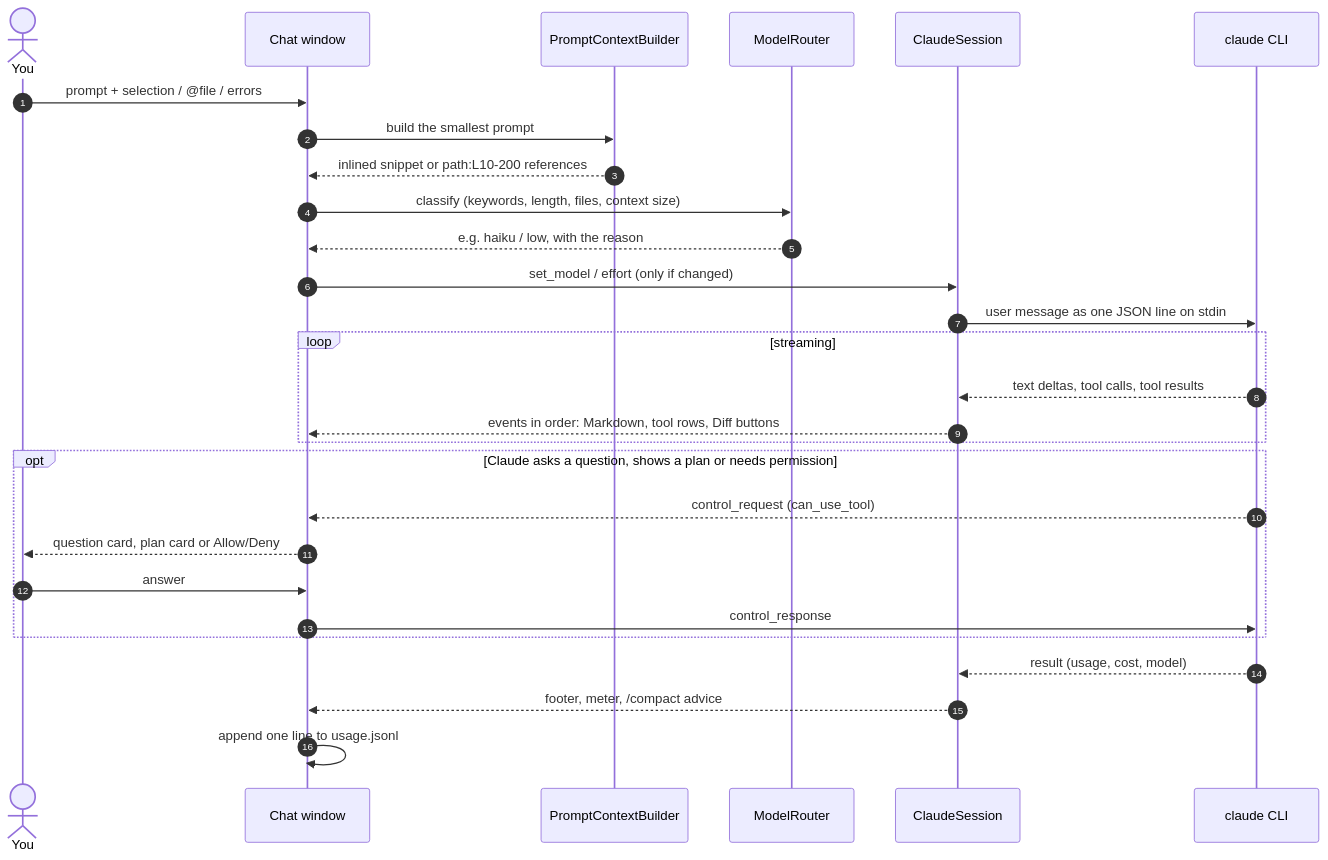
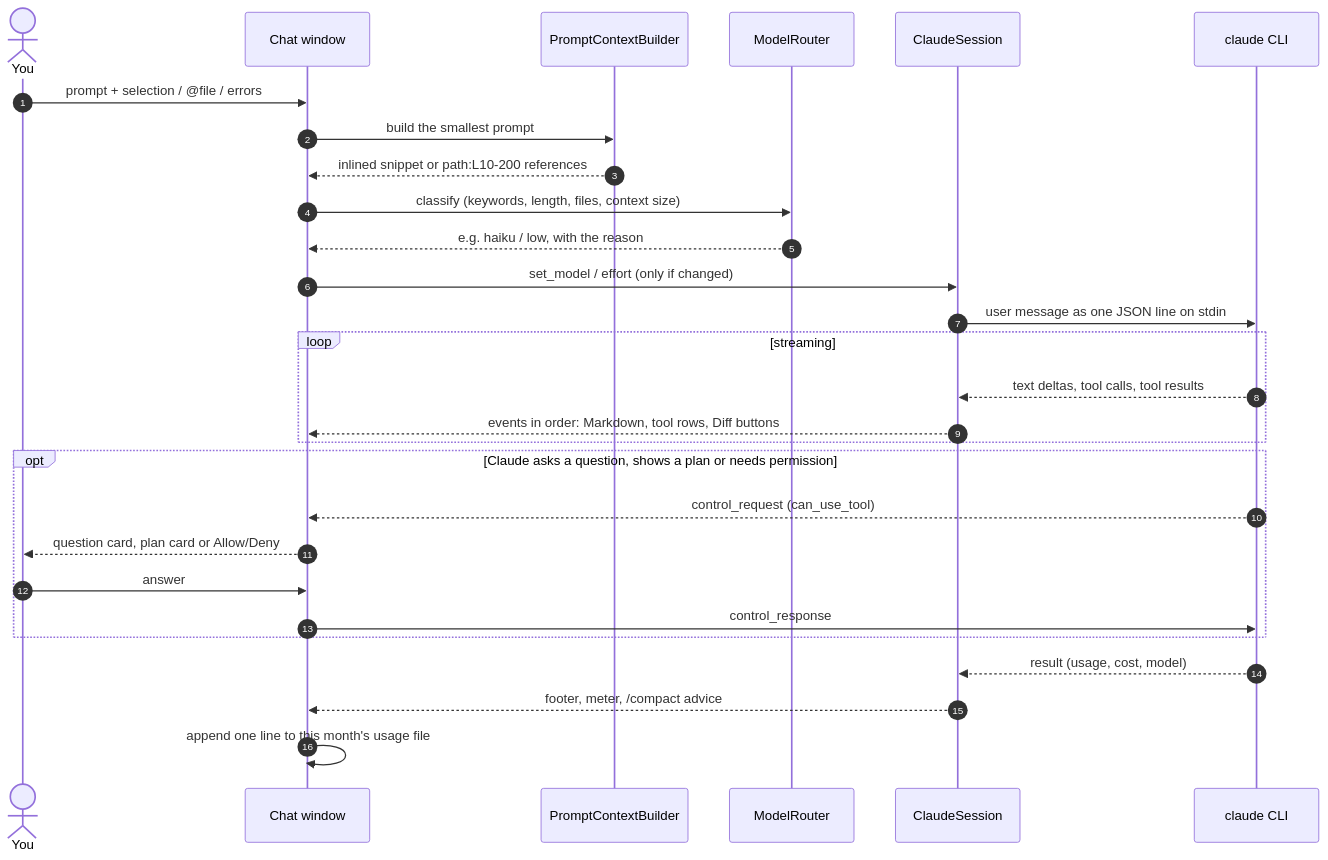
One commit to dejanciev-dev/claude-vs-tokensaver changed the second of 3 diagrams in README.md. Above: the diagram before and after it, drawn with Mermaid. The commit also changed other lines of this file and 7 other files, not shown here.

````diff
--- a/README.md
+++ b/README.md
@@ -158,31 +158,31 @@
 ```mermaid
 sequenceDiagram
     autonumber
     actor You
     participant Chat as Chat window
     participant Ctx as PromptContextBuilder
     participant Router as ModelRouter
     participant Session as ClaudeSession
     participant CLI as claude CLI
 
     You->>Chat: prompt + selection / @file / errors
     Chat->>Ctx: build the smallest prompt
     Ctx-->>Chat: inlined snippet or path:L10-200 references
     Chat->>Router: classify (keywords, length, files, context size)
     Router-->>Chat: e.g. haiku / low, with the reason
     Chat->>Session: set_model / effort (only if changed)
     Session->>CLI: user message as one JSON line on stdin
     loop streaming
         CLI-->>Session: text deltas, tool calls, tool results
         Session-->>Chat: events in order: Markdown, tool rows, Diff buttons
     end
     opt Claude asks a question, shows a plan or needs permission
         CLI-->>Chat: control_request (can_use_tool)
         Chat-->>You: question card, plan card or Allow/Deny
         You->>Chat: answer
         Chat->>CLI: control_response
     end
     CLI-->>Session: result (usage, cost, model)
     Session-->>Chat: footer, meter, /compact advice
-    Chat->>Chat: append one line to usage.jsonl
+    Chat->>Chat: append one line to this month's usage file
 ```
````
